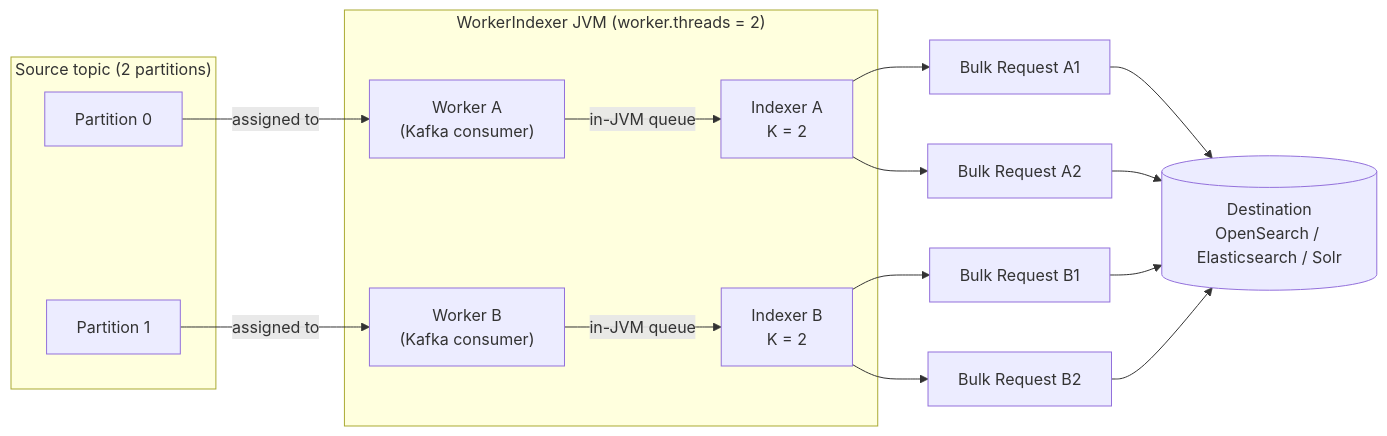
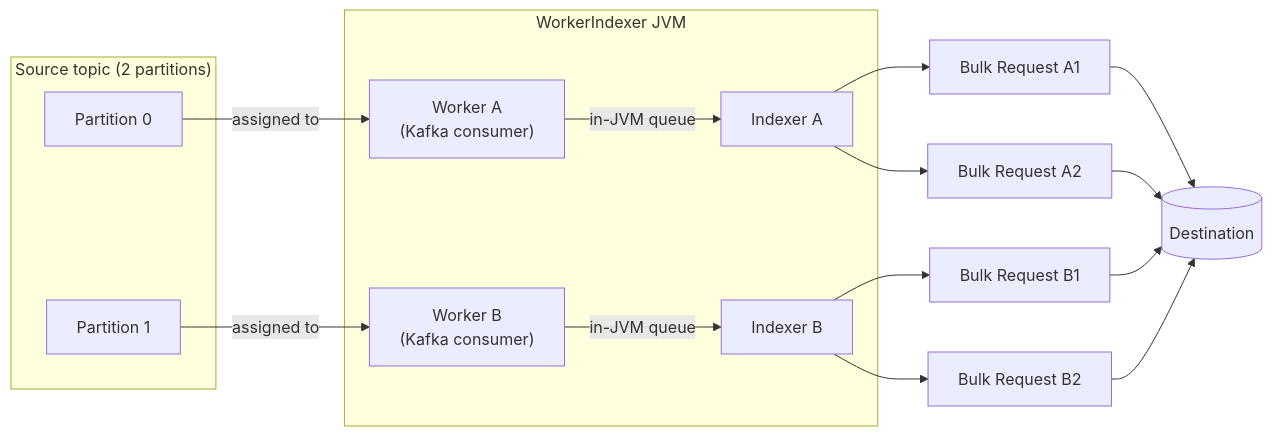
Before and after one commit to kmwtechnology/lucille: the second of 5 diagrams in doc/site/content/en/docs/operations/indexing-throughput/indexing-fan-out.md, drawn with Mermaid. The commit also changed other lines of this file and 1 other file, not shown here.

First line of the commit message:
docs: simplify fan-out diagram labels; fix Mermaid edge curves

````diff
--- a/doc/site/content/en/docs/operations/indexing-throughput/indexing-fan-out.md
+++ b/doc/site/content/en/docs/operations/indexing-throughput/indexing-fan-out.md
@@ -95,22 +96,22 @@
 ```mermaid
 flowchart LR
     subgraph SRC["Source topic (2 partitions)"]
         P0["Partition 0"]
         P1["Partition 1"]
     end
 
-    subgraph JVM["WorkerIndexer JVM (worker.threads = 2)"]
-        W0["Worker A<br/>(Kafka consumer)"] -->|in-JVM queue| I0["Indexer A<br/>K = 2"]
-        W1["Worker B<br/>(Kafka consumer)"] -->|in-JVM queue| I1["Indexer B<br/>K = 2"]
+    subgraph JVM["WorkerIndexer JVM"]
+        W0["Worker A<br/>(Kafka consumer)"] -->|in-JVM queue| I0["Indexer A"]
+        W1["Worker B<br/>(Kafka consumer)"] -->|in-JVM queue| I1["Indexer B"]
     end
 
     I0 --> R0a["Bulk Request A1"] --> DEST
     I0 --> R0b["Bulk Request A2"] --> DEST
     I1 --> R1a["Bulk Request B1"] --> DEST
     I1 --> R1b["Bulk Request B2"] --> DEST
 
-    DEST[("Destination<br/>OpenSearch / Elasticsearch / Solr")]
+    DEST[("Destination")]
 
     P0 -->|assigned to| W0
     P1 -->|assigned to| W1
 ```
````
